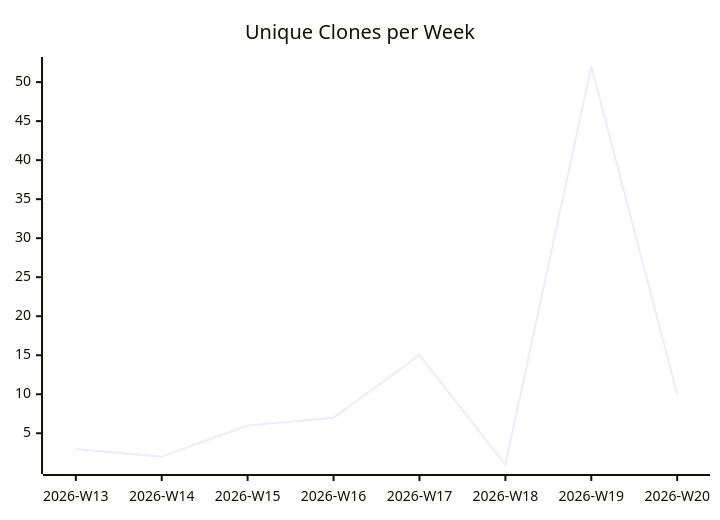
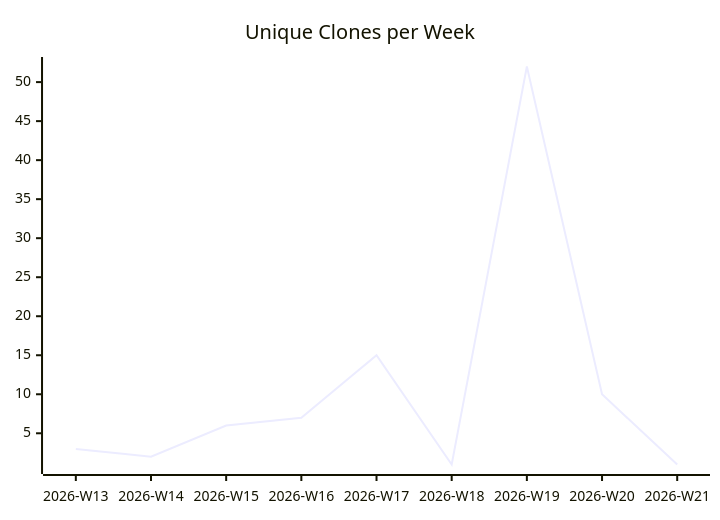
Before and after one commit to justdavis-family/github-analytics-data: the third of 3 diagrams in karlmdavis/justdavis-ansible/README.md, drawn with Mermaid. The commit also changed other lines of this file and 189 other files, not shown here.

````diff
--- a/karlmdavis/justdavis-ansible/README.md
+++ b/karlmdavis/justdavis-ansible/README.md
@@ -19,6 +19,6 @@
 ```mermaid
 xychart-beta
   title "Unique Clones per Week"
-  x-axis ["2026-W13", "2026-W14", "2026-W15", "2026-W16", "2026-W17", "2026-W18", "2026-W19", "2026-W20"]
-  line [3, 2, 6, 7, 15, 1, 52, 10]
+  x-axis ["2026-W13", "2026-W14", "2026-W15", "2026-W16", "2026-W17", "2026-W18", "2026-W19", "2026-W20", "2026-W21"]
+  line [3, 2, 6, 7, 15, 1, 52, 10, 1]
 ```
````
